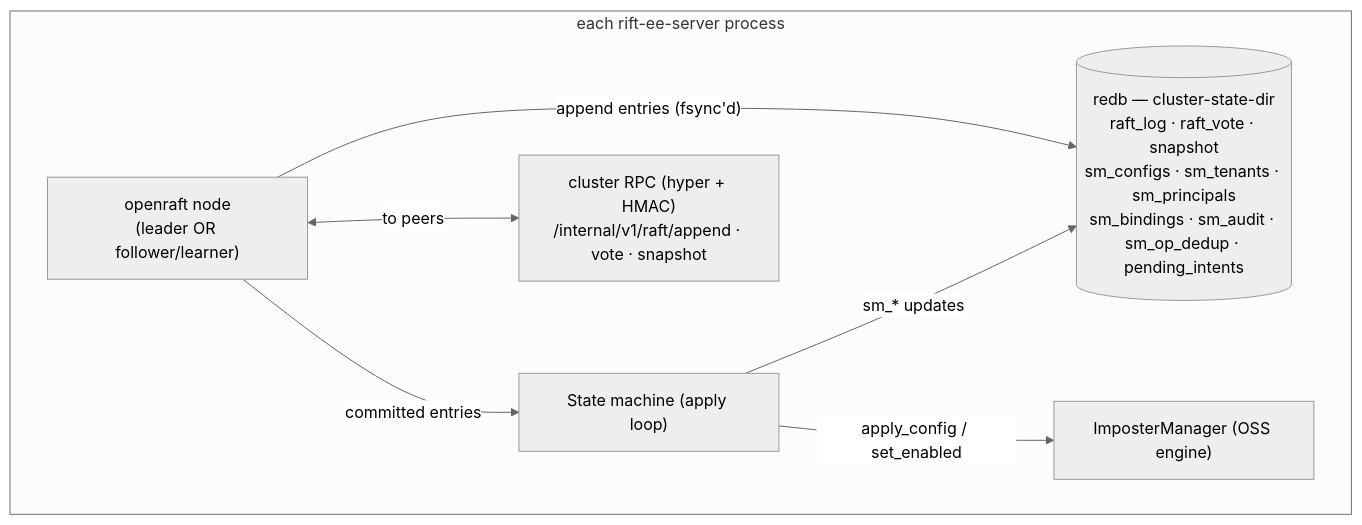
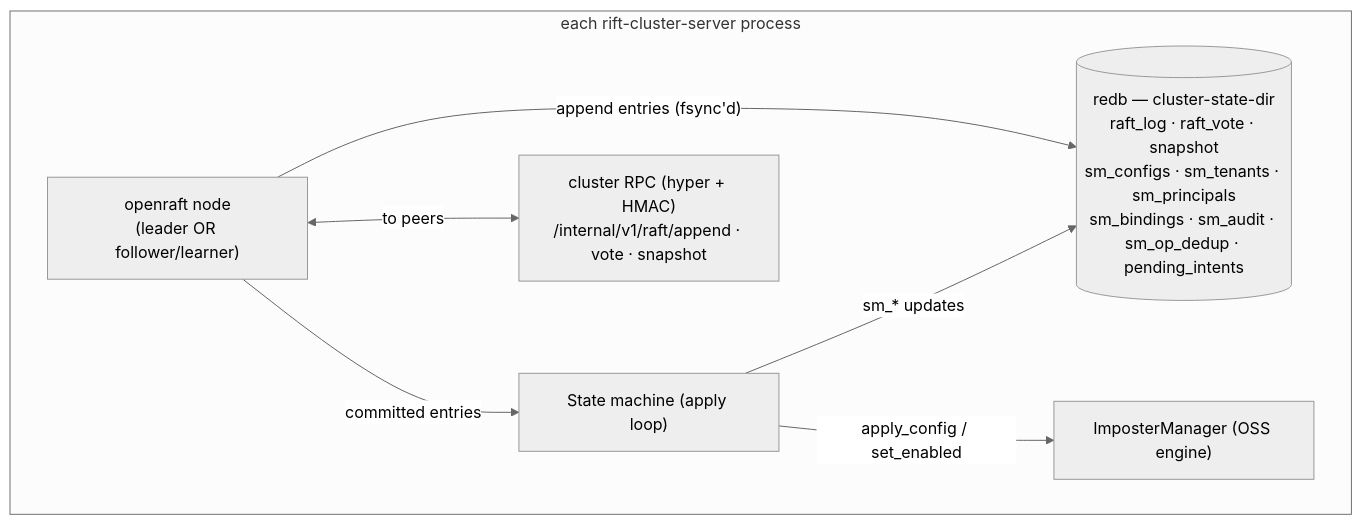
One commit to achird-labs/rift-cluster changed the first of 2 diagrams in docs/architecture/03-control-plane.md. Above: the diagram before and after it, drawn with Mermaid (neutral theme). The commit also changed other lines of this file and 123 other files, not shown here.

First line of the commit message:
chore: rename rift-enterprise to rift-cluster (#193)

````diff
--- a/docs/architecture/03-control-plane.md
+++ b/docs/architecture/03-control-plane.md
@@ -36,16 +36,16 @@
 ```mermaid
 flowchart TB
-    subgraph Node["each rift-ee-server process"]
+    subgraph Node["each rift-cluster-server process"]
         RN["openraft node<br/>(leader OR follower/learner)"]
         SM["State machine (apply loop)"]
         DB[("redb — cluster-state-dir<br/>raft_log · raft_vote · snapshot<br/>sm_configs · sm_tenants · sm_principals<br/>sm_bindings · sm_audit · sm_op_dedup · pending_intents")]
         IM["ImposterManager (OSS engine)"]
         RPC["cluster RPC (hyper + HMAC)<br/>/internal/v1/raft/append · vote · snapshot"]
     end
 
     RN -- "append entries (fsync'd)" --> DB
     RN -- "committed entries" --> SM
     SM -- "sm_* updates" --> DB
     SM -- "apply_config / set_enabled" --> IM
     RN <-- "to peers" --> RPC
 ```
````
